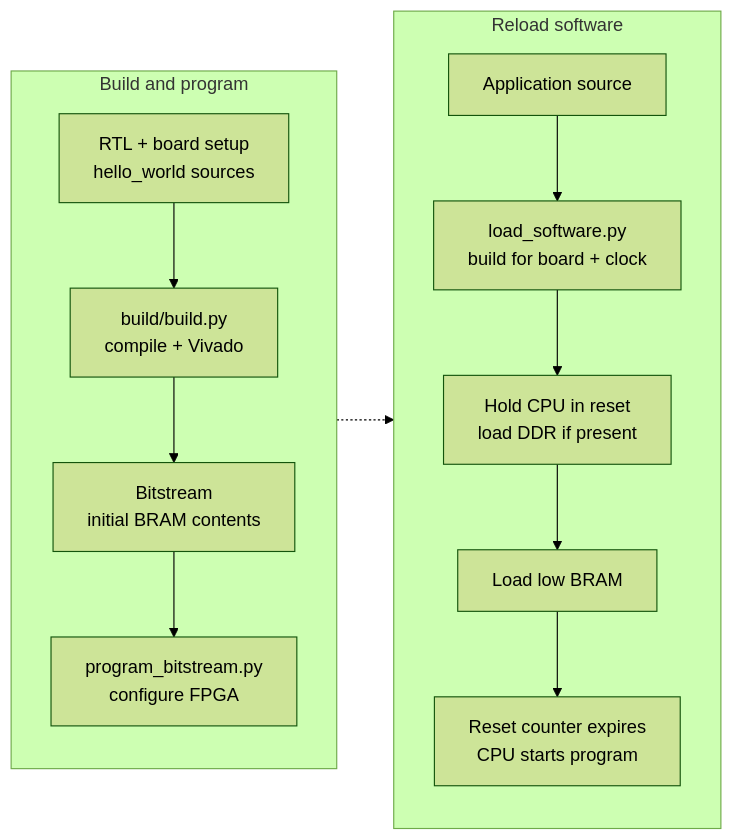
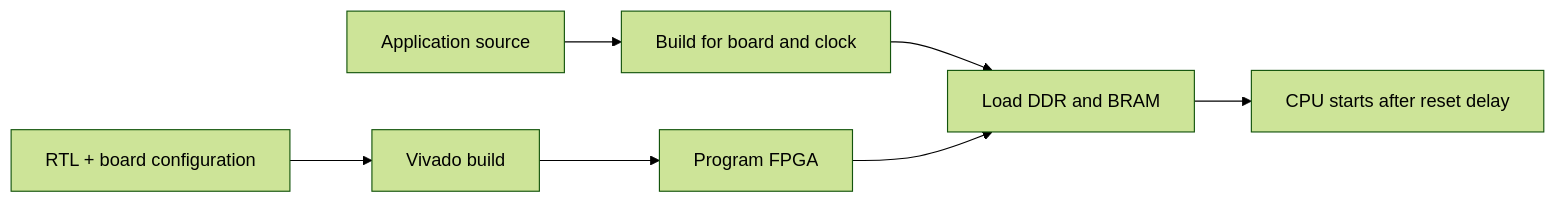
One commit to twosigma/frost changed the diagram in fpga/README.md. Above: the diagram before and after it, drawn with Mermaid (forest theme). The commit also changed other lines of this file and 110 other files, not shown here.

First line of the commit message:
docs: streamline guides, comments, and diagrams

````diff
--- a/fpga/README.md
+++ b/fpga/README.md
@@ -16,17 +19,9 @@
 ```mermaid
 flowchart LR
-    subgraph Bitstream["Build and program"]
-        direction TB
-        RTL["RTL + board setup<br/>hello_world sources"] --> Build["build/build.py<br/>compile + Vivado"]
-        Build --> Image["Bitstream<br/>initial BRAM contents"]
-        Image --> Program["program_bitstream.py<br/>configure FPGA"]
-    end
-    subgraph Reload["Reload software"]
-        direction TB
-        App["Application source"] --> Loader["load_software.py<br/>build for board + clock"]
-        Loader --> DDR["Hold CPU in reset<br/>load DDR if present"]
-        DDR --> BRAM["Load low BRAM"]
-        BRAM --> Run["Reset counter expires<br/>CPU starts program"]
-    end
-    Bitstream -.-> Reload
+    RTL[RTL + board configuration] --> Build[Vivado build]
+    Build --> Bitstream[Program FPGA]
+    App[Application source] --> Compile[Build for board and clock]
+    Compile --> Load[Load DDR and BRAM]
+    Bitstream --> Load
+    Load --> Run[CPU starts after reset delay]
 ```
````
